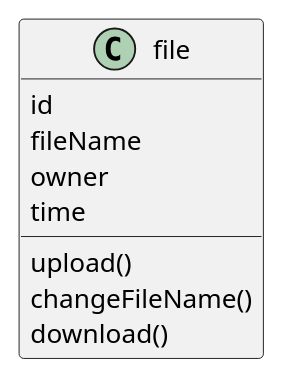
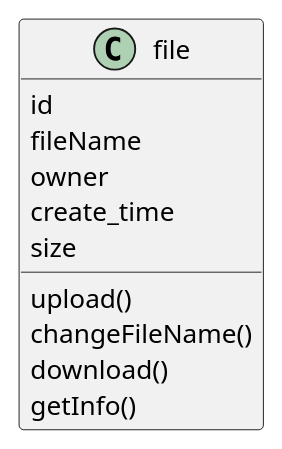
One commit to alwxkxk/akoa changed the diagram in doc/文件系统的设计.md. Above: the diagram before and after it, drawn with PlantUML. The commit also changed 6 other files, not shown here.

````diff
--- a/doc/文件系统的设计.md
+++ b/doc/文件系统的设计.md
@@ -6,11 +6,13 @@
 ```puml
 class file {
   id
   fileName
   owner
-  time
+  create_time
+  size
   upload()
   changeFileName()
   download()
+  getInfo()
 }
 ```
````
